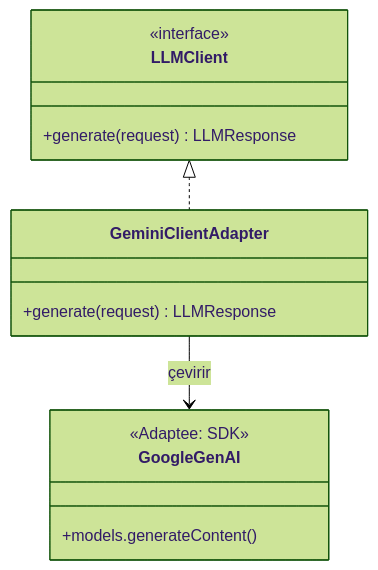
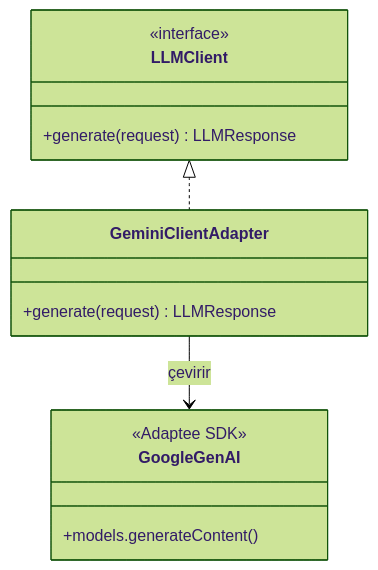
Before and after one commit to ihsan034/ai-gaming-store: the fifth of 8 diagrams in TASARIM-KALIPLARI.md, drawn with Mermaid (forest theme). The commit also changed other lines of this file and 1 other file, not shown here.

````diff
--- a/TASARIM-KALIPLARI.md
+++ b/TASARIM-KALIPLARI.md
@@ -102,16 +143,16 @@
 ```mermaid
 classDiagram
     class LLMClient {
         <<interface>>
         +generate(request) LLMResponse
     }
     class GeminiClientAdapter {
         +generate(request) LLMResponse
     }
     class GoogleGenAI {
-        <<Adaptee: SDK>>
+        <<Adaptee SDK>>
         +models.generateContent()
     }
     LLMClient <|.. GeminiClientAdapter
     GeminiClientAdapter --> GoogleGenAI : çevirir
 ```
````
